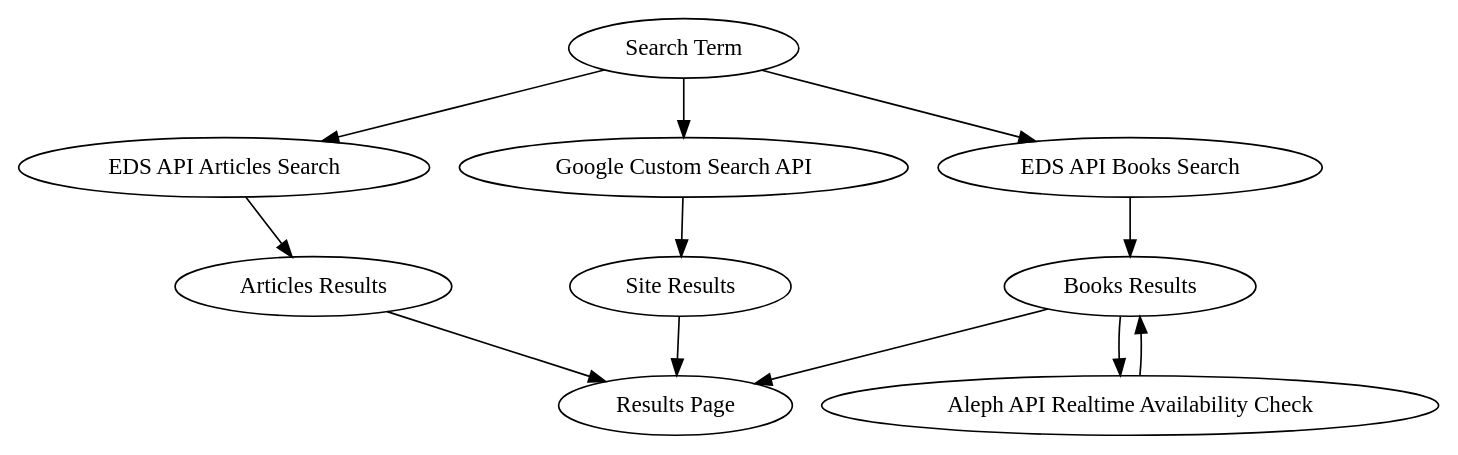
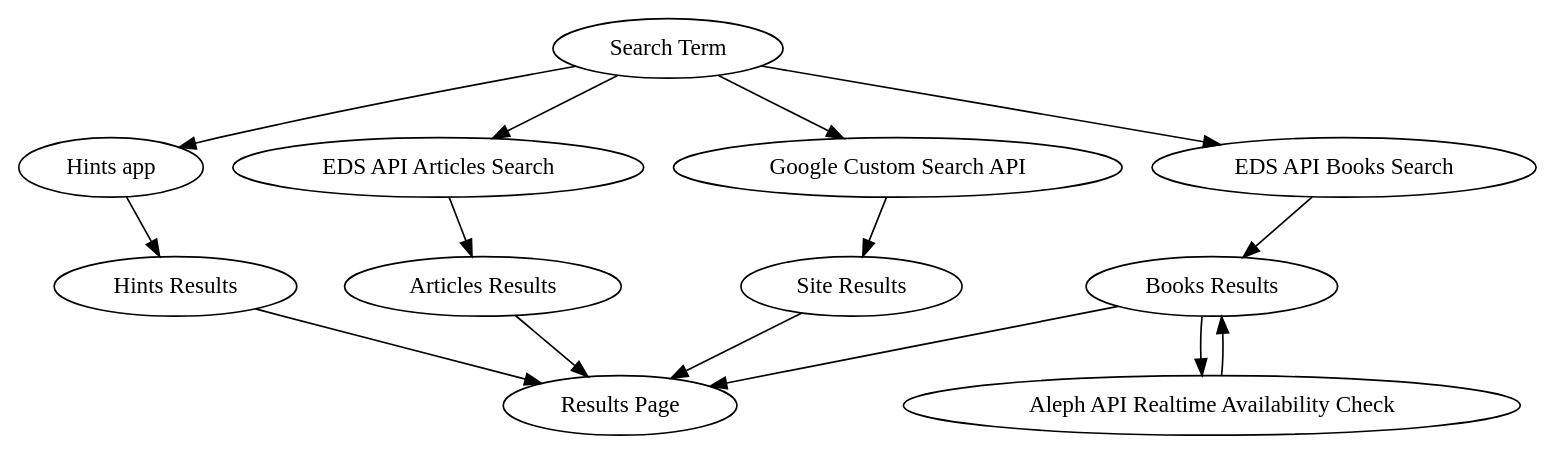
The diagram in docs/charts/bento_overview.dot (MITLibraries/bento), drawn with Graphviz before and after one commit. The commit also changed 6 other files, not shown here.

```diff
--- a/docs/charts/bento_overview.dot
+++ b/docs/charts/bento_overview.dot
@@ -1,17 +1,23 @@
 // dot docs/charts/bento_overview.dot -Tpng > docs/charts/bento_overview.png
+// requires installation of GraphViz (brew install graphviz, or
+// http://www.graphviz.org/Download..php if that doesn't work)
 
 digraph G {
+  "Search Term" -> "Hints app"
+  "Hints app" -> "Hints Results"
+  "Hints Results" -> "Results Page"
+
   "Search Term" -> "EDS API Articles Search"
   "EDS API Articles Search" -> "Articles Results"
   "Articles Results" -> "Results Page"
 
   "Search Term" -> "EDS API Books Search"
   "EDS API Books Search" -> "Books Results"
   "Books Results" -> "Aleph API Realtime Availability Check"
   "Aleph API Realtime Availability Check" -> "Books Results"
   "Books Results" -> "Results Page"
 
   "Search Term" -> "Google Custom Search API"
   "Google Custom Search API" -> "Site Results"
   "Site Results" -> "Results Page"
 }
```
